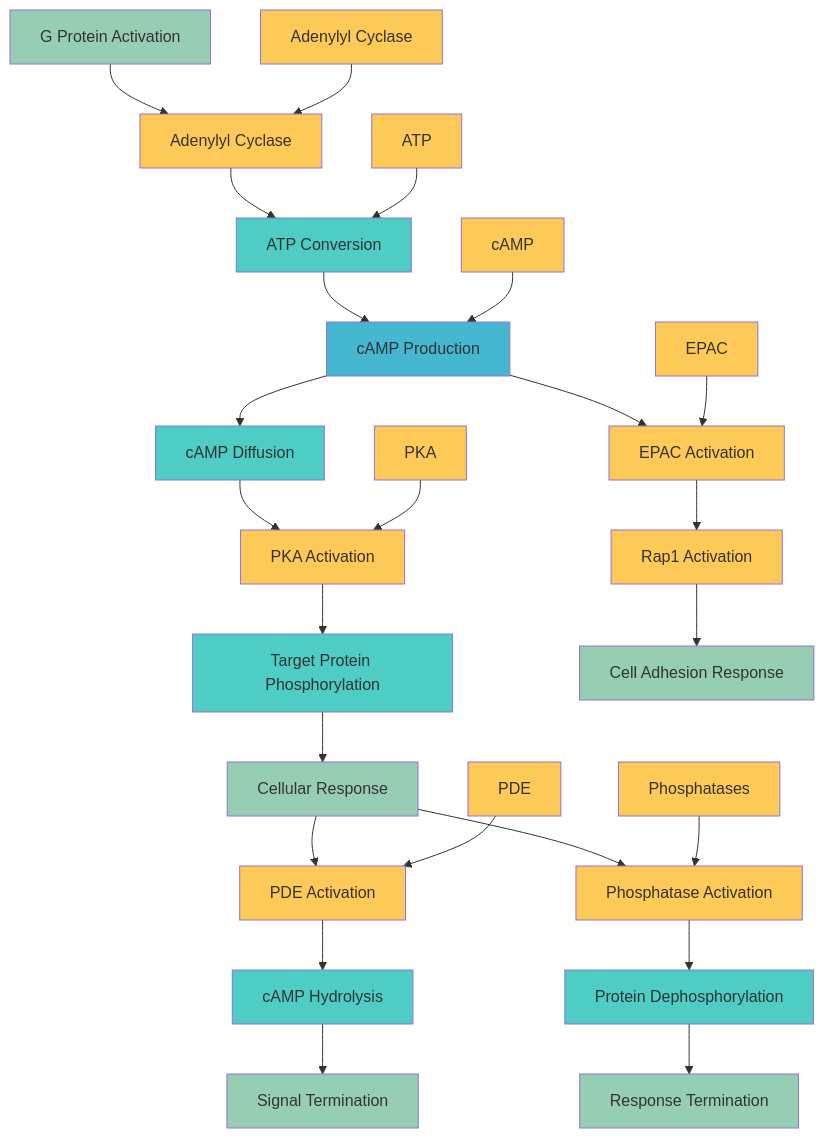
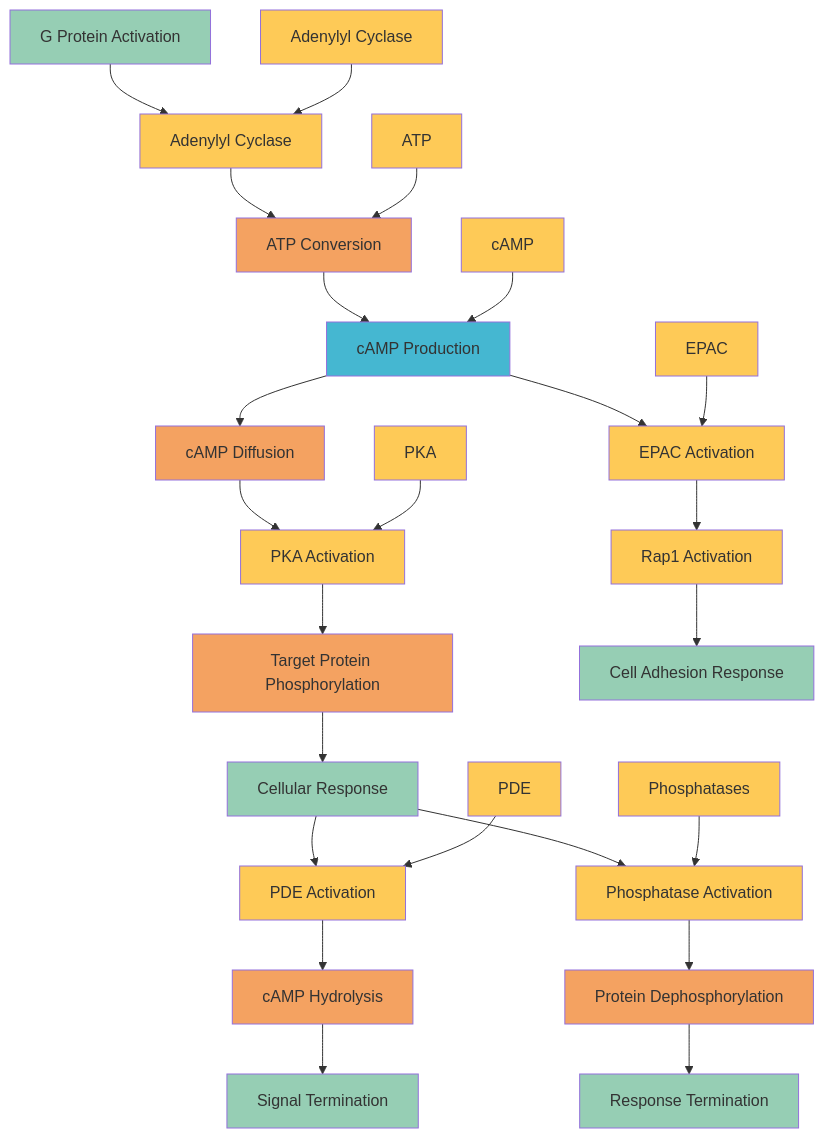
The diagram in old_junk_files/batch4_04_camp_signaling.mmd (garywelz/glmp), drawn with Mermaid before and after one commit. The commit also changed 252 other files, not shown here.

Commit message:
Palette migration: replace teal with orange for catalysts across Mermaid HTML/MMD; update legends, strokes, and narrative text; unify emojis and theme variables

```diff
--- a/old_junk_files/batch4_04_camp_signaling.mmd
+++ b/old_junk_files/batch4_04_camp_signaling.mmd
@@ -1,58 +1,58 @@
 graph TD
     A[G Protein Activation] --> B[Adenylyl Cyclase]
     B --> C[ATP Conversion]
     C --> D[cAMP Production]
     D --> E[cAMP Diffusion]
     E --> F[PKA Activation]
     F --> G[Target Protein Phosphorylation]
     G --> H[Cellular Response]
     
     %% Alternative pathway
     D --> I[EPAC Activation]
     I --> J[Rap1 Activation]
     J --> K[Cell Adhesion Response]
     
     %% Termination
     H --> L[PDE Activation]
     L --> M[cAMP Hydrolysis]
     M --> N[Signal Termination]
     
     %% Feedback regulation
     H --> O[Phosphatase Activation]
     O --> P[Protein Dephosphorylation]
     P --> Q[Response Termination]
     
     %% Key proteins
     R[Adenylyl Cyclase] --> B
     S[PKA] --> F
     T[EPAC] --> I
     U[PDE] --> L
     V[Phosphatases] --> O
     W[ATP] --> C
     X[cAMP] --> D
     
     %% Styling
     style A fill:#96ceb4
     style B fill:#feca57
-    style C fill:#4ecdc4
+    style C fill:#f4a261
     style D fill:#45b7d1
-    style E fill:#4ecdc4
+    style E fill:#f4a261
     style F fill:#feca57
-    style G fill:#4ecdc4
+    style G fill:#f4a261
     style H fill:#96ceb4
     style I fill:#feca57
     style J fill:#feca57
     style K fill:#96ceb4
     style L fill:#feca57
-    style M fill:#4ecdc4
+    style M fill:#f4a261
     style N fill:#96ceb4
     style O fill:#feca57
-    style P fill:#4ecdc4
+    style P fill:#f4a261
     style Q fill:#96ceb4
     style R fill:#feca57
     style S fill:#feca57
     style T fill:#feca57
     style U fill:#feca57
     style V fill:#feca57
     style W fill:#feca57
     style X fill:#feca57
```
